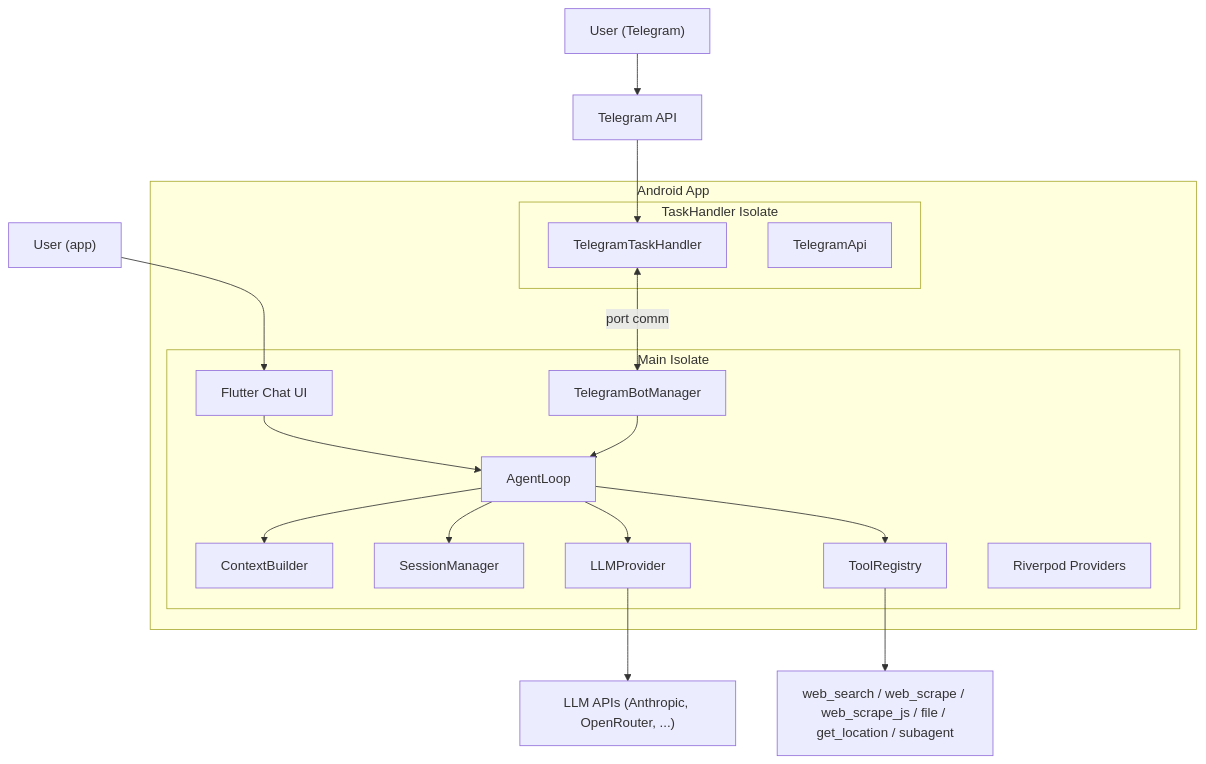
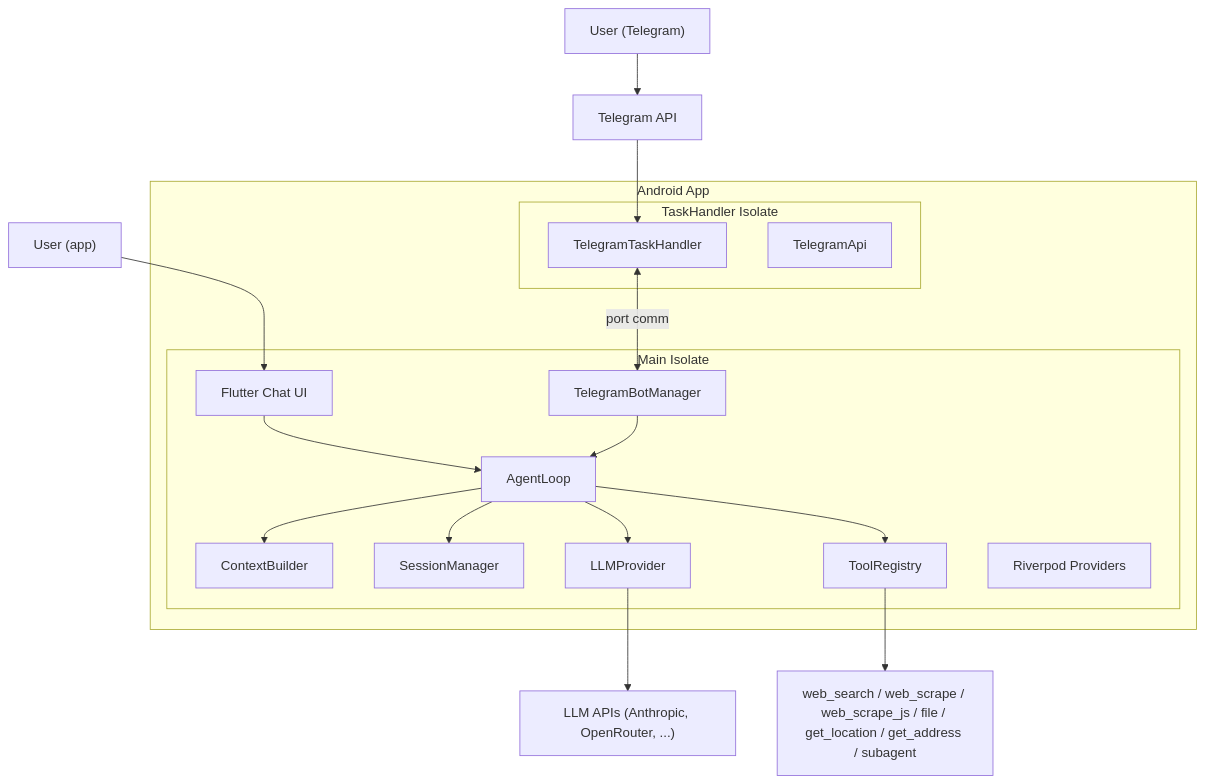
The first of 3 diagrams in README.md (dgirard/droidclaw), drawn with Mermaid before and after one commit. The commit also changed other lines of this file and 4 other files, not shown here.

````diff
--- a/README.md
+++ b/README.md
@@ -54,32 +54,32 @@
 ```mermaid
 graph TB
     subgraph "Android App"
         subgraph "Main Isolate"
             UI["Flutter Chat UI"]
             TM["TelegramBotManager"]
             AL["AgentLoop"]
             CB["ContextBuilder"]
             SM["SessionManager"]
             TR["ToolRegistry"]
             LP["LLMProvider"]
             RP["Riverpod Providers"]
         end
         subgraph "TaskHandler Isolate"
             TH["TelegramTaskHandler"]
             TA["TelegramApi"]
         end
     end
 
     User1["User (app)"] --> UI
     User2["User (Telegram)"] --> TG["Telegram API"]
     TG --> TH
     TH <-->|"port comm"| TM
     UI --> AL
     TM --> AL
     AL --> LP
     AL --> TR
     AL --> SM
     AL --> CB
     LP --> LLM["LLM APIs (Anthropic, OpenRouter, ...)"]
-    TR --> Tools["web_search / web_scrape / web_scrape_js / file / get_location / subagent"]
+    TR --> Tools["web_search / web_scrape / web_scrape_js / file / get_location / get_address / subagent"]
 ```
````
